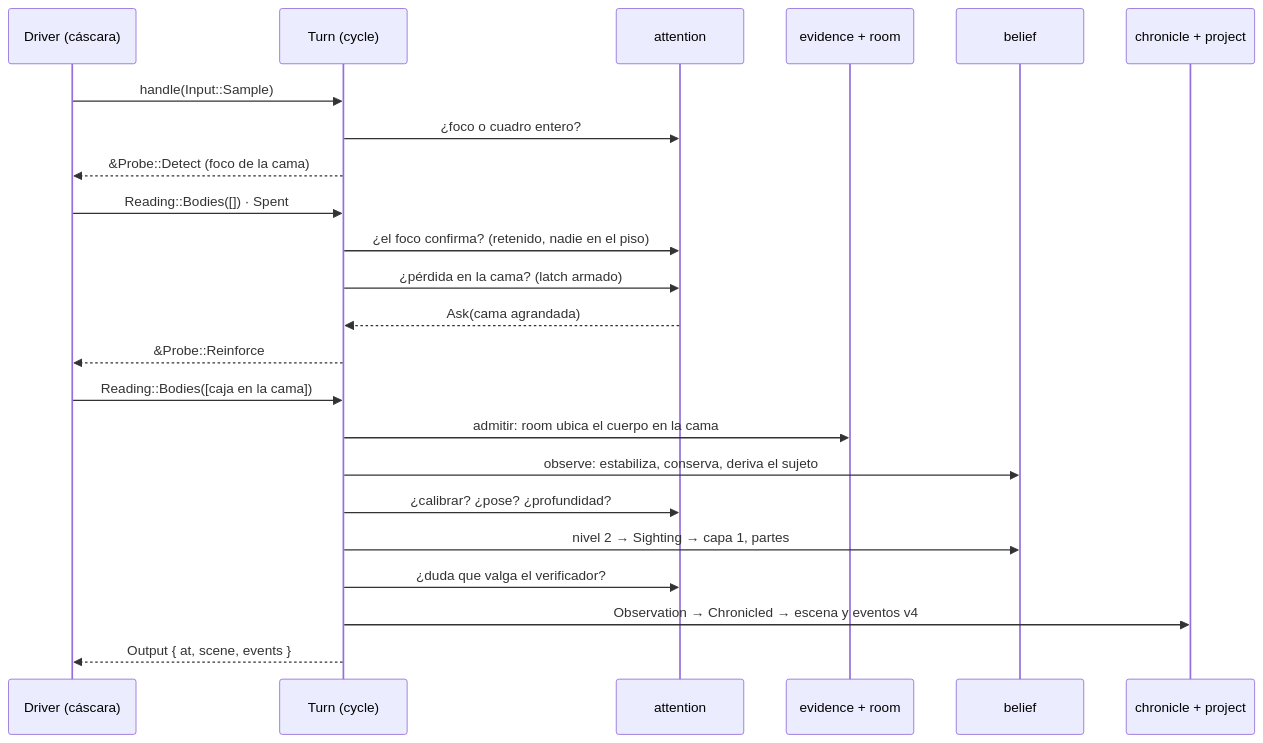
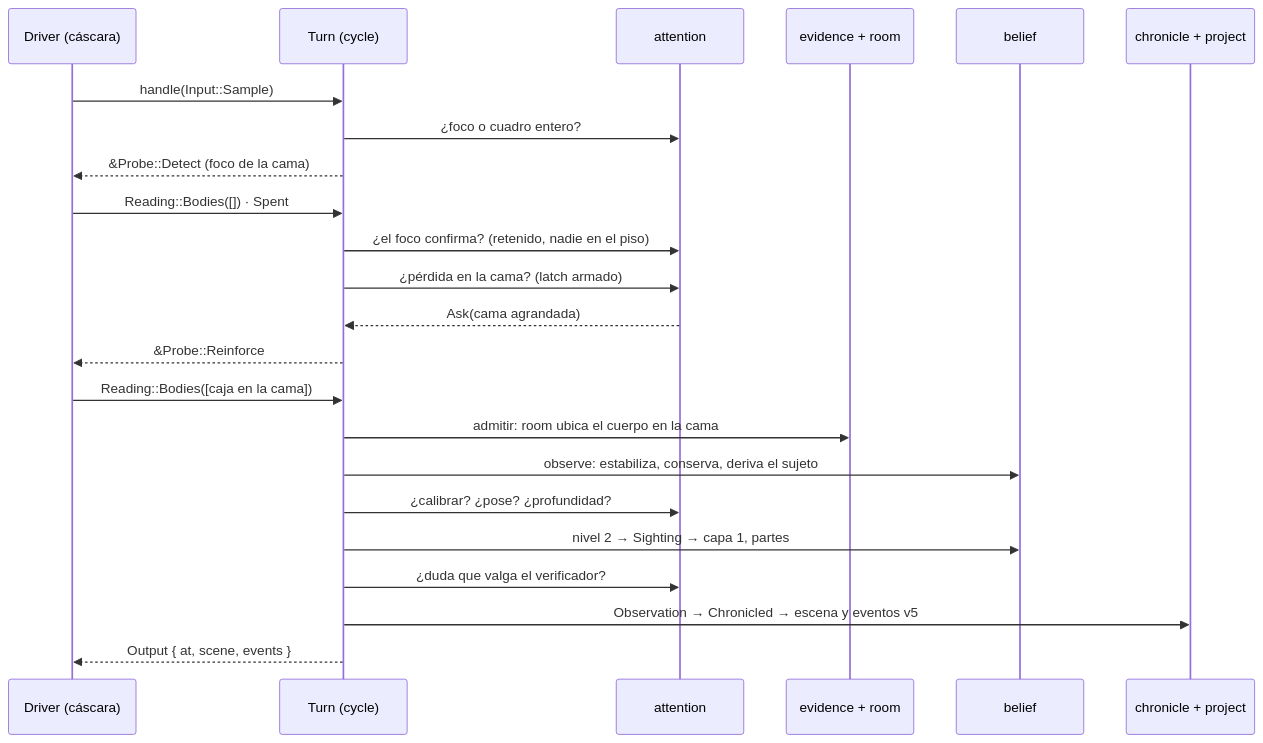
One commit to e7canasta/calipso-detector changed the ninth of 9 diagrams in arquitectura-c4.md. Above: the diagram before and after it, drawn with Mermaid. The commit also changed other lines of this file and 7 other files, not shown here.

````diff
--- a/arquitectura-c4.md
+++ b/arquitectura-c4.md
@@ -540,26 +539,26 @@
 ```mermaid
 sequenceDiagram
     participant D as Driver (cáscara)
     participant T as Turn (cycle)
     participant A as attention
     participant E as evidence + room
     participant B as belief
     participant P as chronicle + project
 
     D->>T: handle(Input::Sample)
     T->>A: ¿foco o cuadro entero?
     T-->>D: &Probe::Detect (foco de la cama)
     D->>T: Reading::Bodies([]) · Spent
     T->>A: ¿el foco confirma? (retenido, nadie en el piso)
     T->>A: ¿pérdida en la cama? (latch armado)
     A-->>T: Ask(cama agrandada)
     T-->>D: &Probe::Reinforce
     D->>T: Reading::Bodies([caja en la cama])
     T->>E: admitir: room ubica el cuerpo en la cama
     T->>B: observe: estabiliza, conserva, deriva el sujeto
     T->>A: ¿calibrar? ¿pose? ¿profundidad?
     T->>B: nivel 2 → Sighting → capa 1, partes
     T->>A: ¿duda que valga el verificador?
-    T->>P: Observation → Chronicled → escena y eventos v4
+    T->>P: Observation → Chronicled → escena y eventos v5
     T-->>D: Output { at, scene, events }
 ```
````
